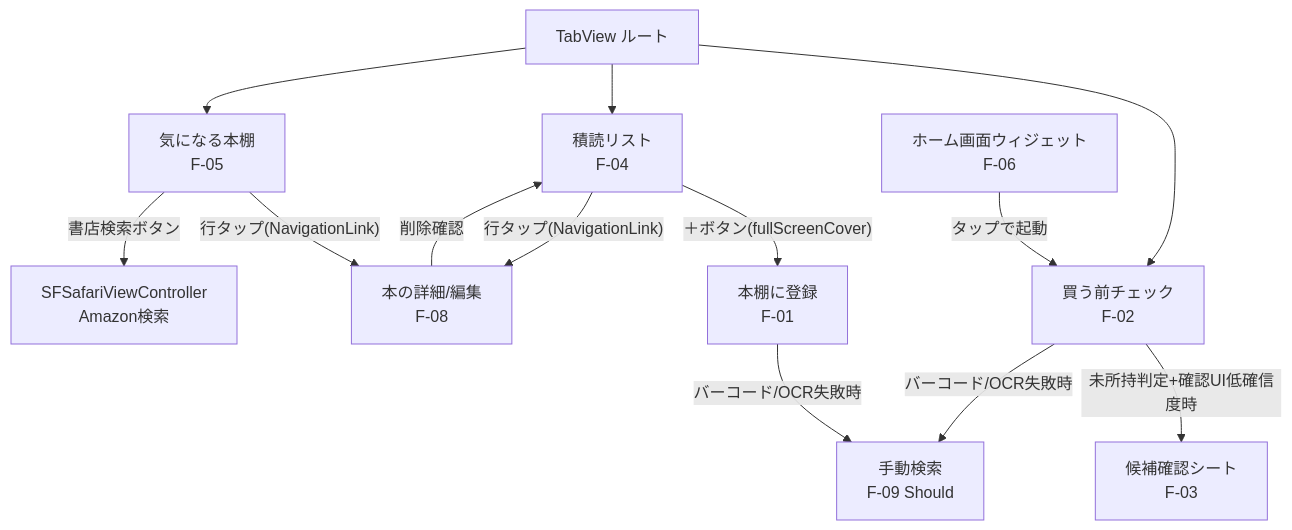
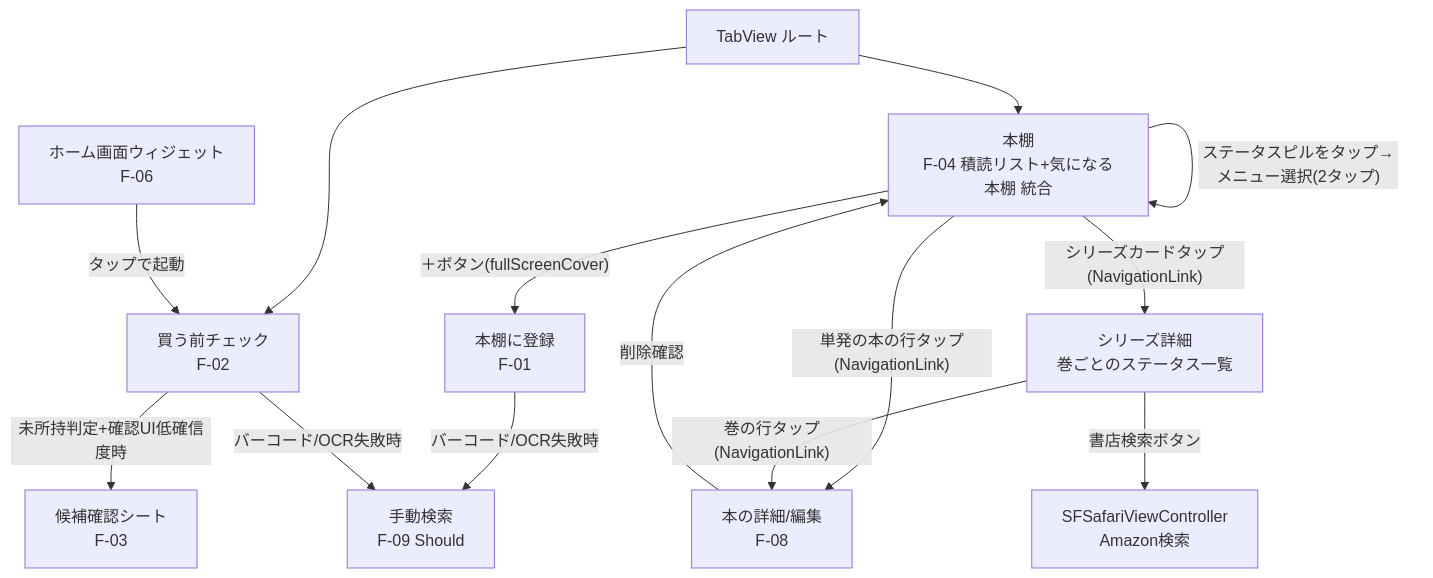
One commit to simizujob/bookReader changed the second of 5 diagrams in docs/基本設計書.md. Above: the diagram before and after it, drawn with Mermaid. The commit also changed other lines of this file and 20 other files, not shown here.

First line of the commit message:
Merge 積読リスト and 気になる本棚 into one 本棚 screen

````diff
--- a/docs/基本設計書.md
+++ b/docs/基本設計書.md
@@ -105,20 +103,21 @@
 ```mermaid
 flowchart TD
     Root[TabView ルート]
     Root --> Tab1[買う前チェック<br/>F-02]
-    Root --> Tab2[積読リスト<br/>F-04]
-    Root --> Tab3[気になる本棚<br/>F-05]
+    Root --> Tab2[本棚<br/>F-04 積読リスト+気になる本棚 統合]
 
     Tab2 -- "＋"ボタン(fullScreenCover) --> ScanRegister[本棚に登録<br/>F-01]
     Tab1 -- 未所持判定+確認UI低確信度時 --> Confirm[候補確認シート<br/>F-03]
     ScanRegister -- バーコード/OCR失敗時 --> Manual[手動検索<br/>F-09 Should]
     Tab1 -- バーコード/OCR失敗時 --> Manual
 
-    Tab2 -- 行タップ(NavigationLink) --> Detail[本の詳細/編集<br/>F-08]
-    Tab3 -- 行タップ(NavigationLink) --> Detail
+    Tab2 -- 単発の本の行タップ(NavigationLink) --> Detail[本の詳細/編集<br/>F-08]
+    Tab2 -- シリーズカードタップ(NavigationLink) --> SeriesDetail[シリーズ詳細<br/>巻ごとのステータス一覧]
+    SeriesDetail -- 巻の行タップ(NavigationLink) --> Detail
+    SeriesDetail -- 書店検索ボタン --> Safari[SFSafariViewController<br/>Amazon検索]
 
     Detail -- 削除確認 --> Tab2
-    Tab3 -- 書店検索ボタン --> Safari[SFSafariViewController<br/>Amazon検索]
+    Tab2 -- ステータスピルをタップ→メニュー選択(2タップ) --> Tab2
 
     Widget[ホーム画面ウィジェット<br/>F-06] -- タップで起動 --> Tab1
 ```
````
